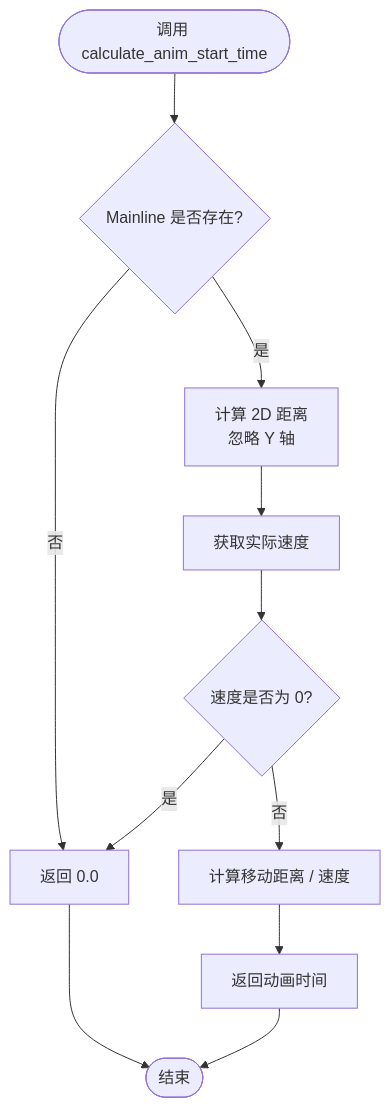
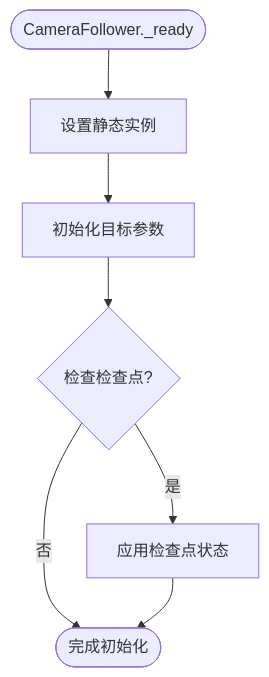
Before and after one commit to godotline/godot-line: the fifth of 11 diagrams in .qoder/repowiki/zh/content/Game Manager.md, drawn with Mermaid. The commit also changed other lines of this file and 13 other files, not shown here.

````diff
--- a/.qoder/repowiki/zh/content/Game Manager.md
+++ b/.qoder/repowiki/zh/content/Game Manager.md
@@ -279,13 +256,9 @@
 ```mermaid
 flowchart TD
-Start([调用 calculate_anim_start_time]) --> CheckMainline{Mainline 是否存在?}
-CheckMainline --> |否| ReturnZero[返回 0.0]
-CheckMainline --> |是| Calc2D[计算 2D 距离<br/>忽略 Y 轴]
-Calc2D --> GetSpeed[获取实际速度]
-GetSpeed --> CheckSpeed{速度是否为 0?}
-CheckSpeed --> |是| ReturnZero
-CheckSpeed --> |否| CalcDistance[计算移动距离 / 速度]
-CalcDistance --> ReturnTime[返回动画时间]
-ReturnZero --> End([结束])
-ReturnTime --> End
+Start([CameraFollower._ready]) --> SetInstance[设置静态实例]
+SetInstance --> InitTarget[初始化目标参数]
+InitTarget --> CheckCheckpoint{检查检查点?}
+CheckCheckpoint --> |是| ApplyCheckpoint[应用检查点状态]
+CheckCheckpoint --> |否| End([完成初始化])
+ApplyCheckpoint --> End
 ```
````
